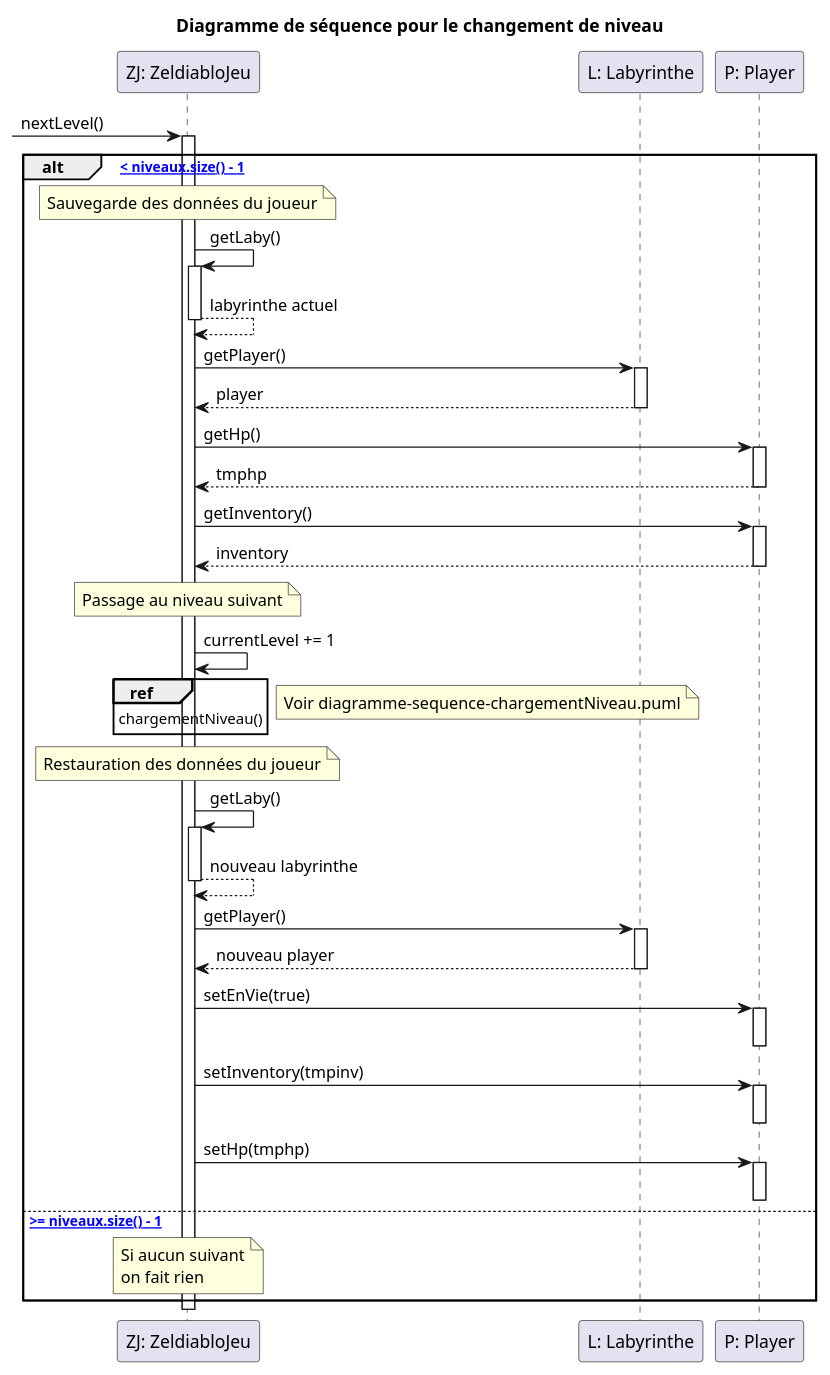
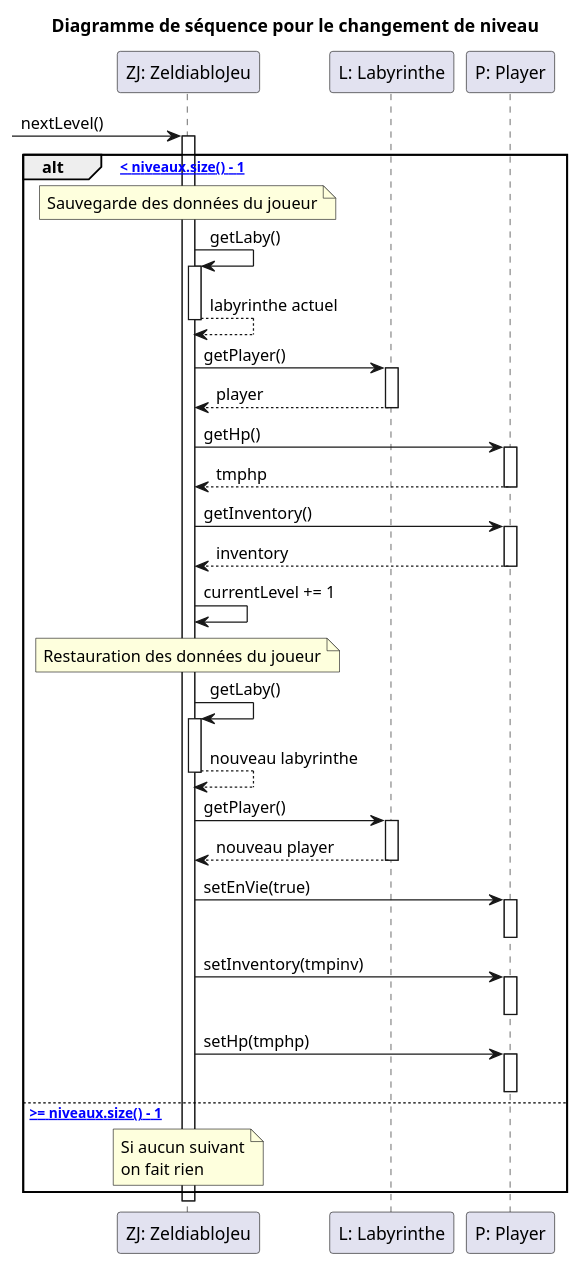
One commit to zonetecde/BUT_S2_2025_Zeldiablo_e22359u_e82916u_e77582u_e85474u changed the diagram in zeldiablo/documents/iteration-3/diagrammes/niveau-suivant/diagramme-sequence-nextLevel.puml. Above: the diagram before and after it, drawn with PlantUML. The commit also changed 5 other files, not shown here.

Commit message:
correction diagrammes

```diff
--- a/zeldiablo/documents/iteration-3/diagrammes/niveau-suivant/diagramme-sequence-nextLevel.puml
+++ b/zeldiablo/documents/iteration-3/diagrammes/niveau-suivant/diagramme-sequence-nextLevel.puml
@@ -1,69 +1,67 @@
 @startuml
 
 title Diagramme de séquence pour le changement de niveau
 
 participant "ZJ: ZeldiabloJeu" as Jeu
 participant "L: Labyrinthe" as Laby
 participant "P: Player" as Player
 
 -> Jeu : nextLevel()
 activate Jeu
 
 alt [currentLevel < niveaux.size() - 1]
     note over Jeu : Sauvegarde des données du joueur
     
     Jeu -> Jeu : getLaby()
     activate Jeu
     Jeu --> Jeu : labyrinthe actuel
     deactivate Jeu
     
     Jeu -> Laby : getPlayer()
     activate Laby
     Laby --> Jeu : player
     deactivate Laby
     
     Jeu -> Player : getHp()
     activate Player
     Player --> Jeu : tmphp
     deactivate Player
     
     Jeu -> Player : getInventory()
     activate Player
     Player --> Jeu : inventory
     deactivate Player
     
-    note over Jeu : Passage au niveau suivant
     Jeu -> Jeu : currentLevel += 1
-      ref over Jeu : chargementNiveau()
-    note right : Voir diagramme-sequence-chargementNiveau.puml
-    
+  
+
     note over Jeu : Restauration des données du joueur
     
     Jeu -> Jeu : getLaby()
     activate Jeu
     Jeu --> Jeu : nouveau labyrinthe
     deactivate Jeu
     
     Jeu -> Laby : getPlayer()
     activate Laby
     Laby --> Jeu : nouveau player
     deactivate Laby
     
     Jeu -> Player : setEnVie(true)
     activate Player
     deactivate Player
     
     Jeu -> Player : setInventory(tmpinv)
     activate Player
     deactivate Player
     
     Jeu -> Player : setHp(tmphp)
     activate Player
     deactivate Player
     
 else [currentLevel >= niveaux.size() - 1]
     note over Jeu : Si aucun suivant\non fait rien
 end
 
 deactivate Jeu
 @enduml
```
